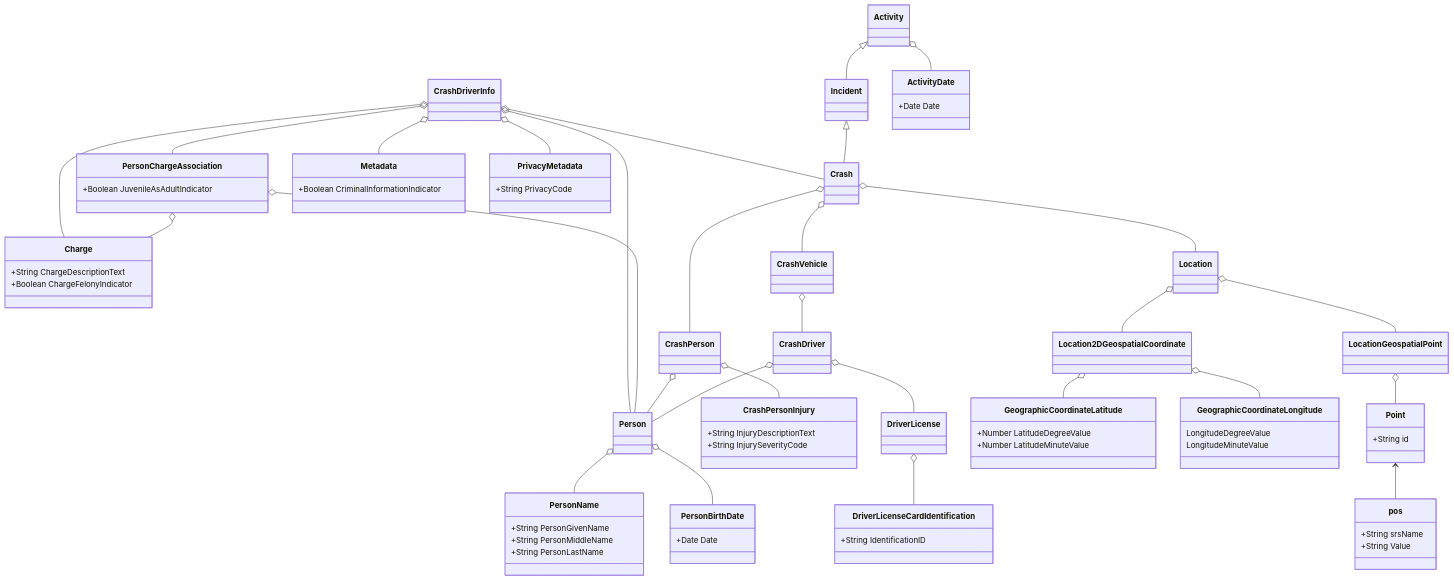
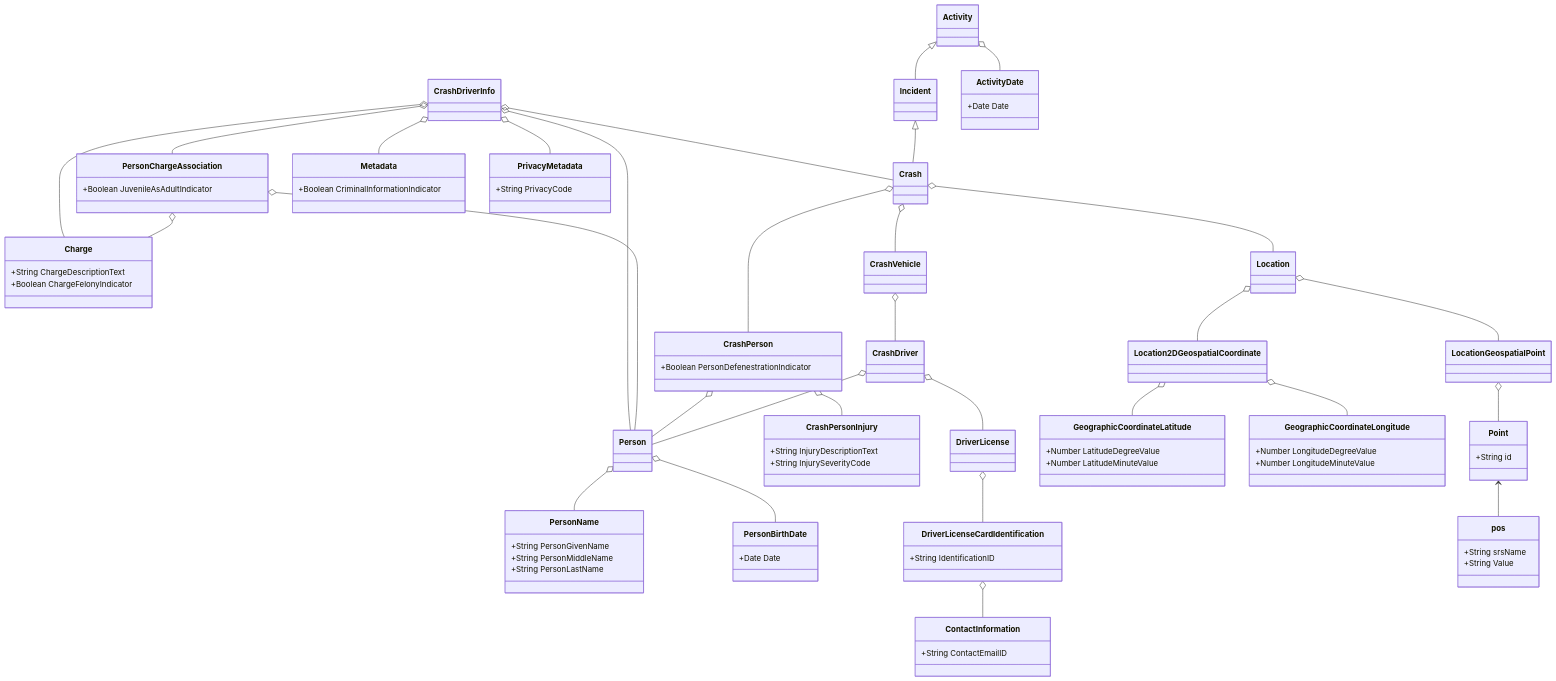
One commit to NIEM/NIEM-Training changed the diagram in Class Diagram/CrashDriverClassDiagram-NIEM.mmd. Above: the diagram before and after it, drawn with Mermaid. The commit also changed 200 other files, not shown here.

```diff
--- a/Class Diagram/CrashDriverClassDiagram-NIEM.mmd
+++ b/Class Diagram/CrashDriverClassDiagram-NIEM.mmd
@@ -1,130 +1,137 @@
 classDiagram
 
 	class CrashDriverInfo{
 	}
 
 	CrashDriverInfo o-- Person
 	CrashDriverInfo o-- Crash
 	CrashDriverInfo o-- PersonChargeAssociation
 	CrashDriverInfo o-- Charge
 	CrashDriverInfo o-- Metadata
 	CrashDriverInfo o-- PrivacyMetadata
 	
 
 	class Person{
 	}
 
 	Person o-- PersonName
 	Person o-- PersonBirthDate
 
 	class PersonName{
 		+String PersonGivenName
 		+String PersonMiddleName
 		+String PersonLastName
 	}
 
 	class PersonBirthDate{
 		+Date Date
 	}
 
 	class PersonChargeAssociation{
 		+Boolean JuvenileAsAdultIndicator
 	}
 	PersonChargeAssociation o-- Person
 	PersonChargeAssociation o-- Charge
 	
 	class Charge{
 		+String ChargeDescriptionText
 		+Boolean ChargeFelonyIndicator
 	}
 	
 	class Metadata{
 		+Boolean CriminalInformationIndicator
 	}
 	
 	class PrivacyMetadata{
 		+String PrivacyCode
 	}
 
 	Activity <|-- Incident
 	Incident <|-- Crash
 
 	Activity o-- ActivityDate
 
 	class Crash{
 	}
 	
 	Crash o-- CrashVehicle
 	CrashVehicle o-- CrashDriver
 	Crash o-- CrashPerson
 	CrashPerson o-- CrashPersonInjury
 	CrashPerson o-- Person
 	Crash o-- Location
 	CrashDriver o-- Person
 	CrashDriver o-- DriverLicense
 	DriverLicense o-- DriverLicenseCardIdentification
 	
 	
 	class CrashDriver{
 	}
 
 	class CrashPerson{
+		+Boolean PersonDefenestrationIndicator
 	}
 	class CrashPersonInjury{
 		+String InjuryDescriptionText
 		+String InjurySeverityCode
 	}
 	
 	class Incident{
 	}
 	
 	class Activity{
 	}
 
 	class ActivityDate{
 		+Date Date
 	}
 
 	class DriverLicense{
 	}
 	
 	class DriverLicenseCardIdentification{
 		+String IdentificationID
 	}
 
+	class ContactInformation{
+		+String ContactEmailID
+	}
+
+	DriverLicenseCardIdentification o-- ContactInformation
+
 	Location o-- Location2DGeospatialCoordinate
 	Location2DGeospatialCoordinate o-- GeographicCoordinateLatitude
 	Location2DGeospatialCoordinate o-- GeographicCoordinateLongitude
 	
 	Location o-- LocationGeospatialPoint
 	LocationGeospatialPoint o-- Point
 	Point <-- pos
 	
 	class Location{
 		
 	}
 
 	class Location2DGeospatialCoordinate{
 	}
 
 	class GeographicCoordinateLatitude{
 		+Number LatitudeDegreeValue
 		+Number LatitudeMinuteValue
 	}
 
 	class GeographicCoordinateLongitude{
-		LongitudeDegreeValue
-		LongitudeMinuteValue
+		+Number LongitudeDegreeValue
+		+Number LongitudeMinuteValue
 	}
 
 	class LocationGeospatialPoint{
 	}
 	
 	class Point{
 		+String id
 	}
 	
 	class pos{
 		+String srsName
 		+String Value
 	}
```
